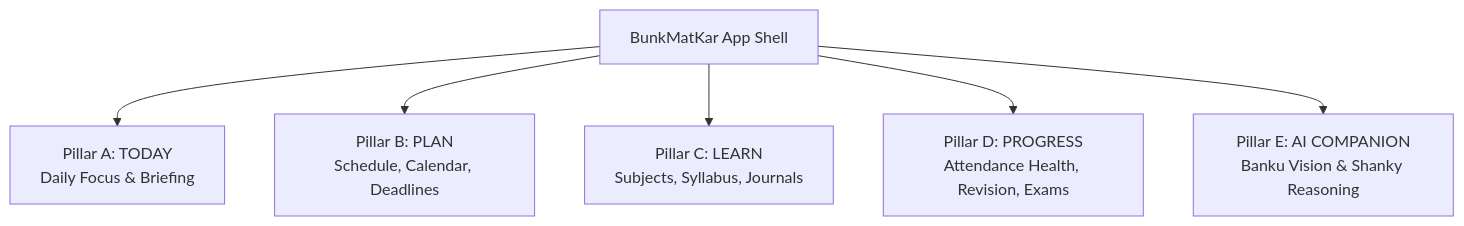
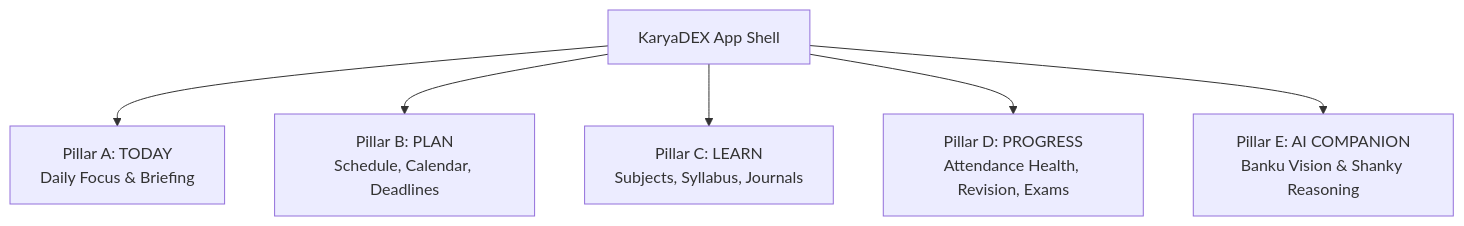
The diagram in KaryaDEX/docs/product/INFORMATION_ARCHITECTURE.md (Cartinem-DEV/KaryaDEX), drawn with Mermaid before and after one commit. The commit also changed other lines of this file and 279 other files, not shown here.

Commit message:
fix: resolve clone and dependency issues, track onboarding components, and complete KaryaDEX rebranding

````diff
--- a/KaryaDEX/docs/product/INFORMATION_ARCHITECTURE.md
+++ b/KaryaDEX/docs/product/INFORMATION_ARCHITECTURE.md
@@ -7,9 +7,9 @@
 ```mermaid
 graph TD
-    App[BunkMatKar App Shell]
+    App[KaryaDEX App Shell]
     App --> PillarA[Pillar A: TODAY<br/>Daily Focus & Briefing]
     App --> PillarB[Pillar B: PLAN<br/>Schedule, Calendar, Deadlines]
     App --> PillarC[Pillar C: LEARN<br/>Subjects, Syllabus, Journals]
     App --> PillarD[Pillar D: PROGRESS<br/>Attendance Health, Revision, Exams]
     App --> PillarE[Pillar E: AI COMPANION<br/>Banku Vision & Shanky Reasoning]
 ```
````
